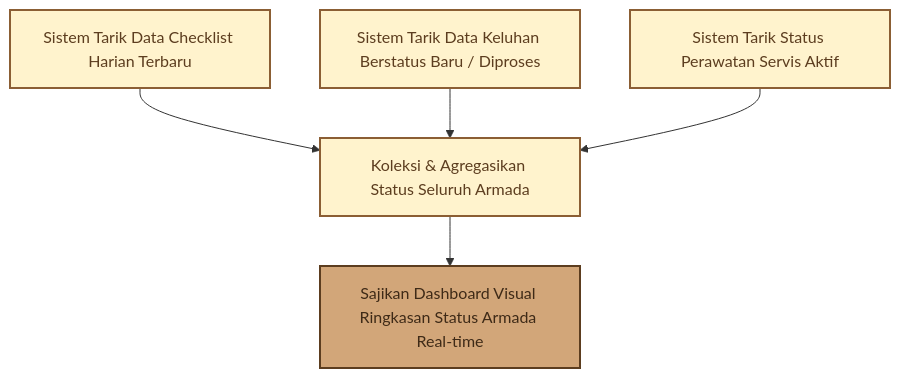
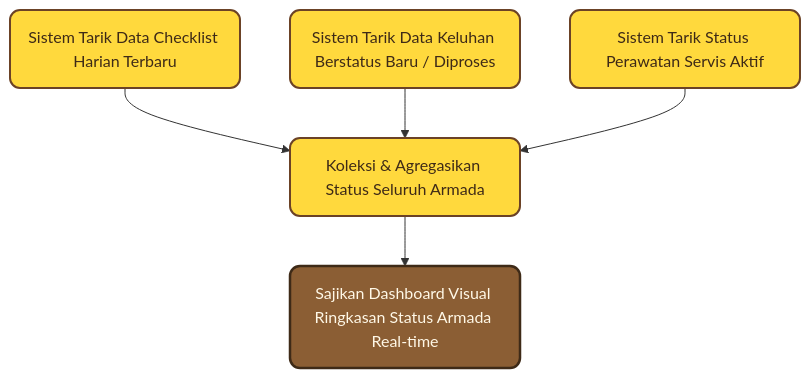
The sixth of 13 diagrams in docs/DOKUMENTASI_MODULE_SISTEM.md (nazwasalsabila181718-droid/manajemen_perawatan), drawn with Mermaid before and after one commit. The commit also changed other lines of this file, not shown here.

Commit message:
style: modernisasi diagram mermaid dengan tema kuning cerah rounded

````diff
--- a/docs/DOKUMENTASI_MODULE_SISTEM.md
+++ b/docs/DOKUMENTASI_MODULE_SISTEM.md
@@ -168,13 +178,13 @@
 ```mermaid
 flowchart TD
-    classDef default fill:#FFF3CD,stroke:#8B5E34,stroke-width:2px,color:#5C3D1F;
-    classDef highlight fill:#D2A679,stroke:#5C3D1F,stroke-width:2px,color:#3E2A17;
+    A(Sistem Tarik Data Checklist Harian Terbaru) --> D(Koleksi & Agregasikan Status Seluruh Armada)
+    B(Sistem Tarik Data Keluhan Berstatus Baru / Diproses) --> D
+    C(Sistem Tarik Status Perawatan Servis Aktif) --> D
+    D --> E(Sajikan Dashboard Visual Ringkasan Status Armada Real-time)
 
-    A[Sistem Tarik Data Checklist Harian Terbaru] --> D[Koleksi & Agregasikan Status Seluruh Armada]
-    B[Sistem Tarik Data Keluhan Berstatus Baru / Diproses] --> D
-    C[Sistem Tarik Status Perawatan Servis Aktif] --> D
-    D --> E[Sajikan Dashboard Visual Ringkasan Status Armada Real-time]
+    classDef default fill:#FFD93D,stroke:#6B4226,stroke-width:2px,color:#3E2A17,rx:10,ry:10;
+    classDef highlight fill:#8B5E34,stroke:#3E2A17,stroke-width:2.5px,color:#FFF8E7,rx:10,ry:10;
 
     class A,B,C,D default;
     class E highlight;
 ```
````
